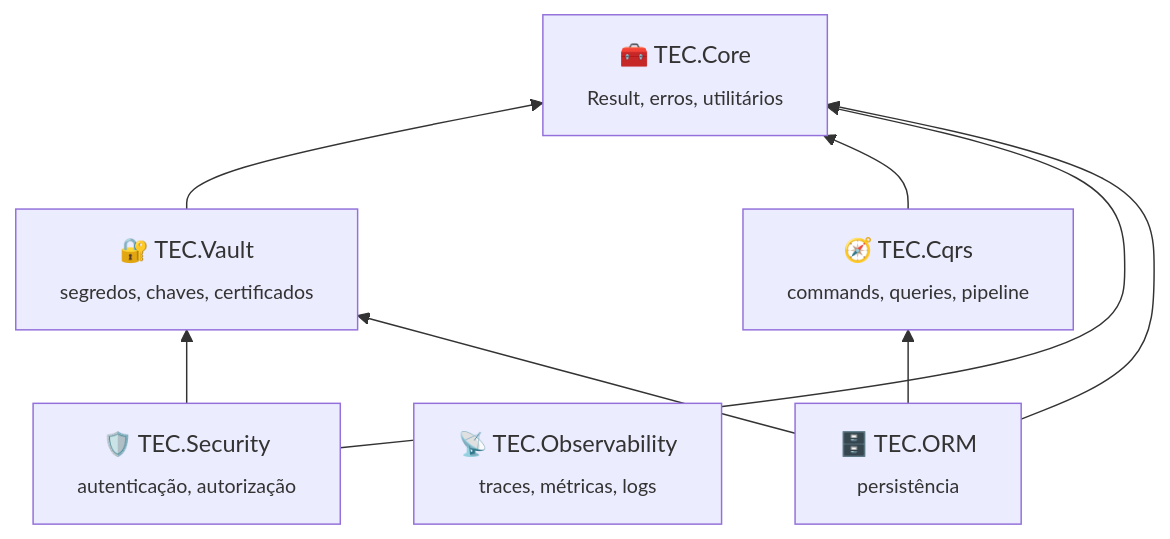
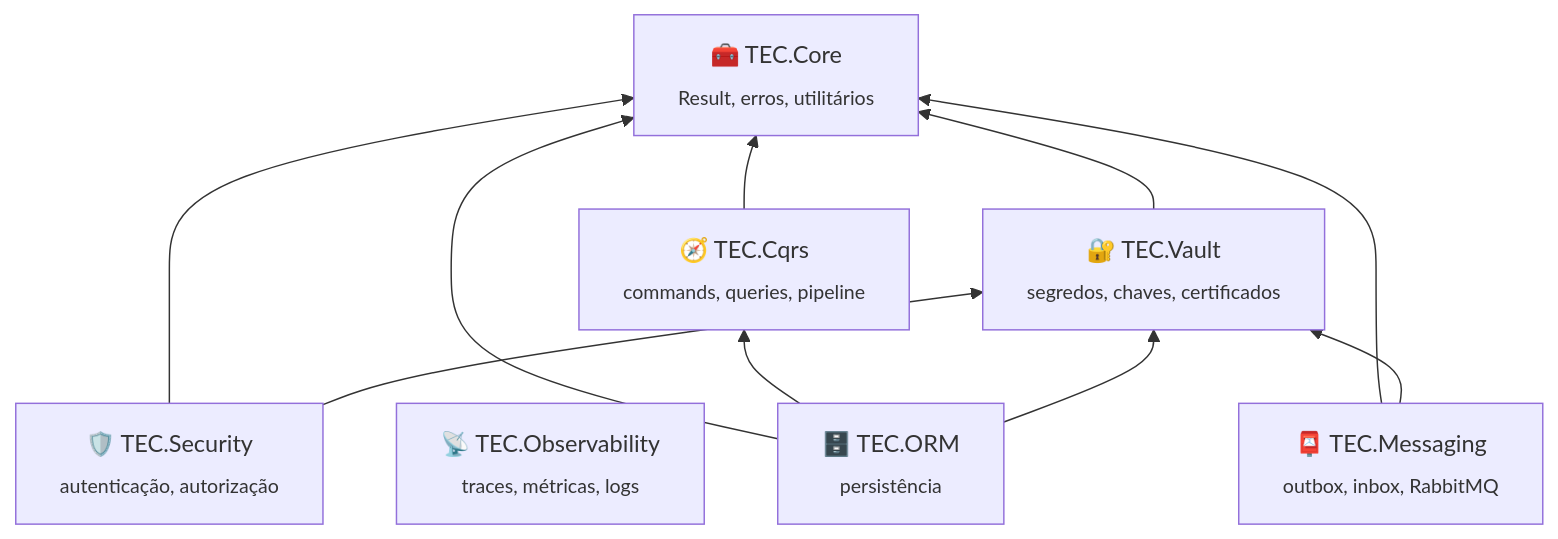
Before and after one commit to tudoemcodigo/tec-workflows: the diagram in docs/padroes.md, drawn with Mermaid. The commit also changed other lines of this file and 1 other file, not shown here.

Commit message:
Padrões: TEC.Messaging no ecossistema e na ordem de publicação (#2)

````diff
--- a/docs/padroes.md
+++ b/docs/padroes.md
@@ -24,16 +24,19 @@
 ```mermaid
 flowchart BT
     Core["🧰 TEC.Core<br/><sub>Result, erros, utilitários</sub>"]
     Vault["🔐 TEC.Vault<br/><sub>segredos, chaves, certificados</sub>"]
     Cqrs["🧭 TEC.Cqrs<br/><sub>commands, queries, pipeline</sub>"]
     Sec["🛡️ TEC.Security<br/><sub>autenticação, autorização</sub>"]
     Obs["📡 TEC.Observability<br/><sub>traces, métricas, logs</sub>"]
     Orm["🗄️ TEC.ORM<br/><sub>persistência</sub>"]
+    Msg["📮 TEC.Messaging<br/><sub>outbox, inbox, RabbitMQ</sub>"]
     Vault --> Core
     Cqrs --> Core
     Sec --> Core
     Sec --> Vault
     Orm --> Core
     Orm --> Cqrs
     Orm --> Vault
+    Msg --> Core
+    Msg --> Vault
 ```
````
